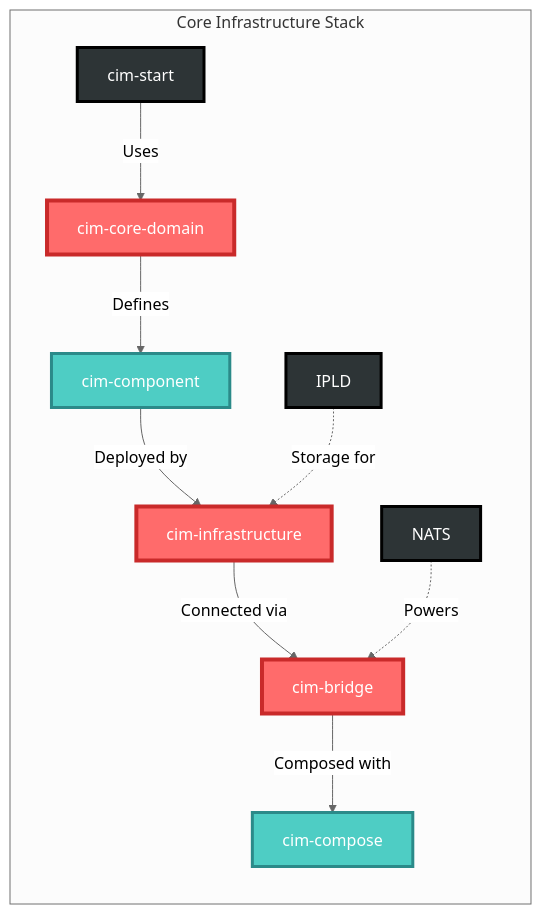
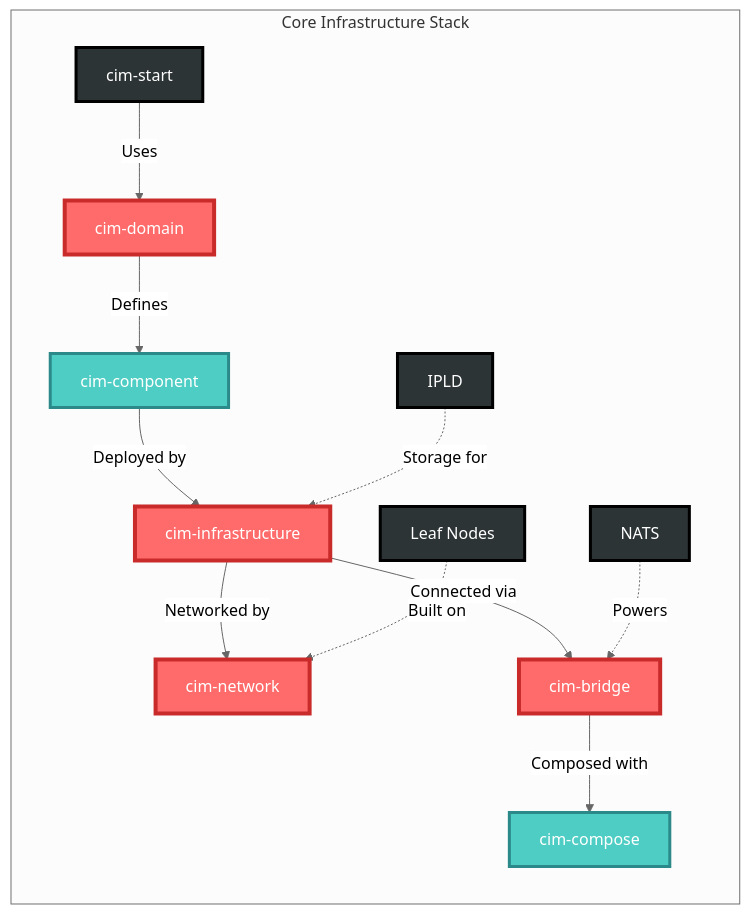
One commit to TheCowboyAI/cim changed the second of 7 diagrams in doc/cim_modules_catalog.md. Above: the diagram before and after it, drawn with Mermaid (neutral theme). The commit also changed other lines of this file and 56 other files, not shown here.

Commit message:
Add cim-network submodule reference

````diff
--- a/doc/cim_modules_catalog.md
+++ b/doc/cim_modules_catalog.md
@@ -62,23 +69,27 @@
 ```mermaid
 graph LR
     subgraph "Core Infrastructure Stack"
-        A[cim-start] -->|Uses| B[cim-core-domain]
+        A[cim-start] -->|Uses| B[cim-domain]
         B -->|Defines| C[cim-component]
         C -->|Deployed by| D[cim-infrastructure]
+        D -->|Networked by| N[cim-network]
         D -->|Connected via| E[cim-bridge]
         E -->|Composed with| F[cim-compose]
         
         G[NATS] -.->|Powers| E
         H[IPLD] -.->|Storage for| D
+        I[Leaf Nodes] -.->|Built on| N
     end
     
     %% Styling - infrastructure flow
     style A fill:#2D3436,stroke:#000,stroke-width:3px,color:#FFF
     style B fill:#FF6B6B,stroke:#C92A2A,stroke-width:4px,color:#FFF
     style C fill:#4ECDC4,stroke:#2B8A89,stroke-width:3px,color:#FFF
     style D fill:#FF6B6B,stroke:#C92A2A,stroke-width:4px,color:#FFF
+    style N fill:#FF6B6B,stroke:#C92A2A,stroke-width:4px,color:#FFF
     style E fill:#FF6B6B,stroke:#C92A2A,stroke-width:4px,color:#FFF
     style F fill:#4ECDC4,stroke:#2B8A89,stroke-width:3px,color:#FFF
     style G fill:#2D3436,stroke:#000,stroke-width:3px,color:#FFF
     style H fill:#2D3436,stroke:#000,stroke-width:3px,color:#FFF
+    style I fill:#2D3436,stroke:#000,stroke-width:3px,color:#FFF
 ```
````
